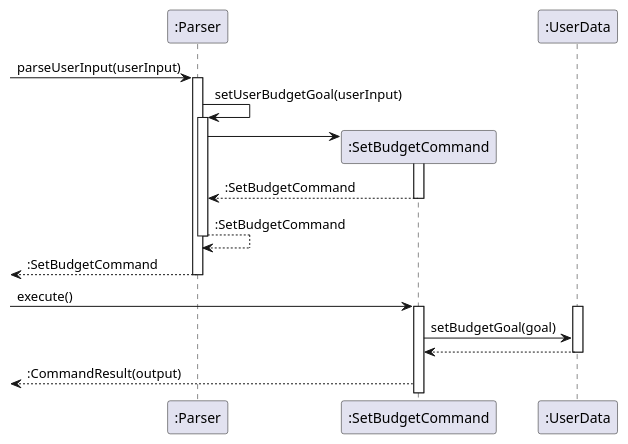
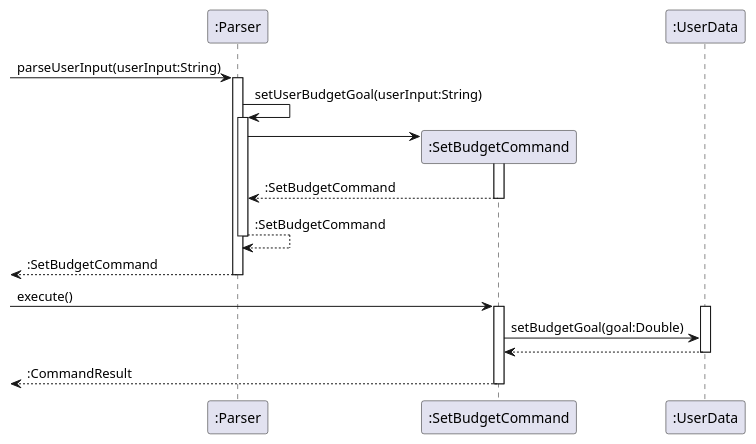
One commit to nus-cs2113-AY2223S2/tp changed the diagram in docs/diagrams/SetBudgetCommand.puml. Above: the diagram before and after it, drawn with PlantUML. The commit also changed 1 other file, not shown here.

Commit message:
Update sequence diagram

```diff
--- a/docs/diagrams/SetBudgetCommand.puml
+++ b/docs/diagrams/SetBudgetCommand.puml
@@ -1,28 +1,29 @@
 @startuml
 participant ":Parser" as Parser
 participant ":SetBudgetCommand" as SetBudgetCommand
 participant ":UserData" as UserData
 
-[-> Parser : parseUserInput(userInput)
+[-> Parser : parseUserInput(userInput:String)
 activate Parser
-Parser -> Parser : setUserBudgetGoal(userInput)
+Parser -> Parser : setUserBudgetGoal(userInput:String)
 activate Parser
 create SetBudgetCommand
 Parser -> SetBudgetCommand
 activate SetBudgetCommand
 SetBudgetCommand --> Parser : :SetBudgetCommand
 deactivate SetBudgetCommand
 Parser --> Parser : :SetBudgetCommand
 deactivate Parser
 Parser -->[ : :SetBudgetCommand
 
 deactivate Parser
 [-> SetBudgetCommand : execute()
 activate SetBudgetCommand
 activate UserData
-SetBudgetCommand -> UserData : setBudgetGoal(goal)
+SetBudgetCommand -> UserData : setBudgetGoal(goal:Double)
 UserData --> SetBudgetCommand
 deactivate UserData
-SetBudgetCommand -->[ : :CommandResult(output)
+SetBudgetCommand -->[ : :CommandResult
+deactivate SetBudgetCommand
 
 @enduml
```
